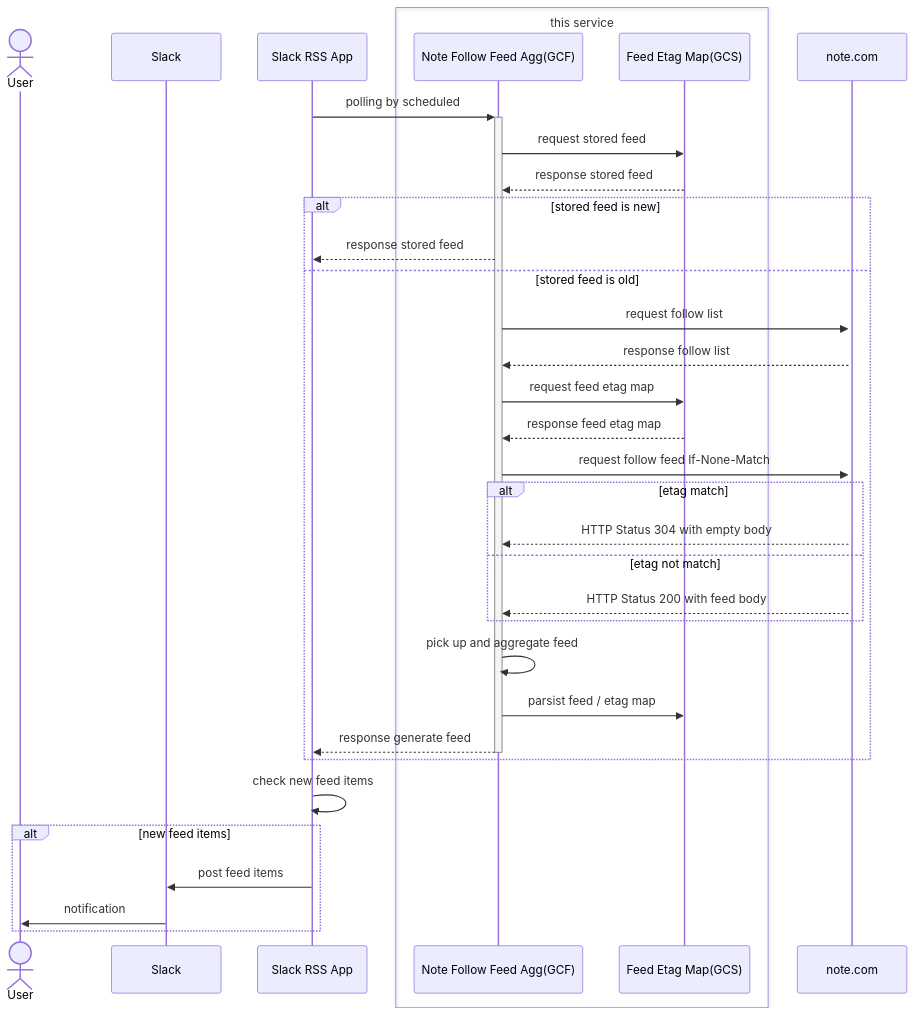
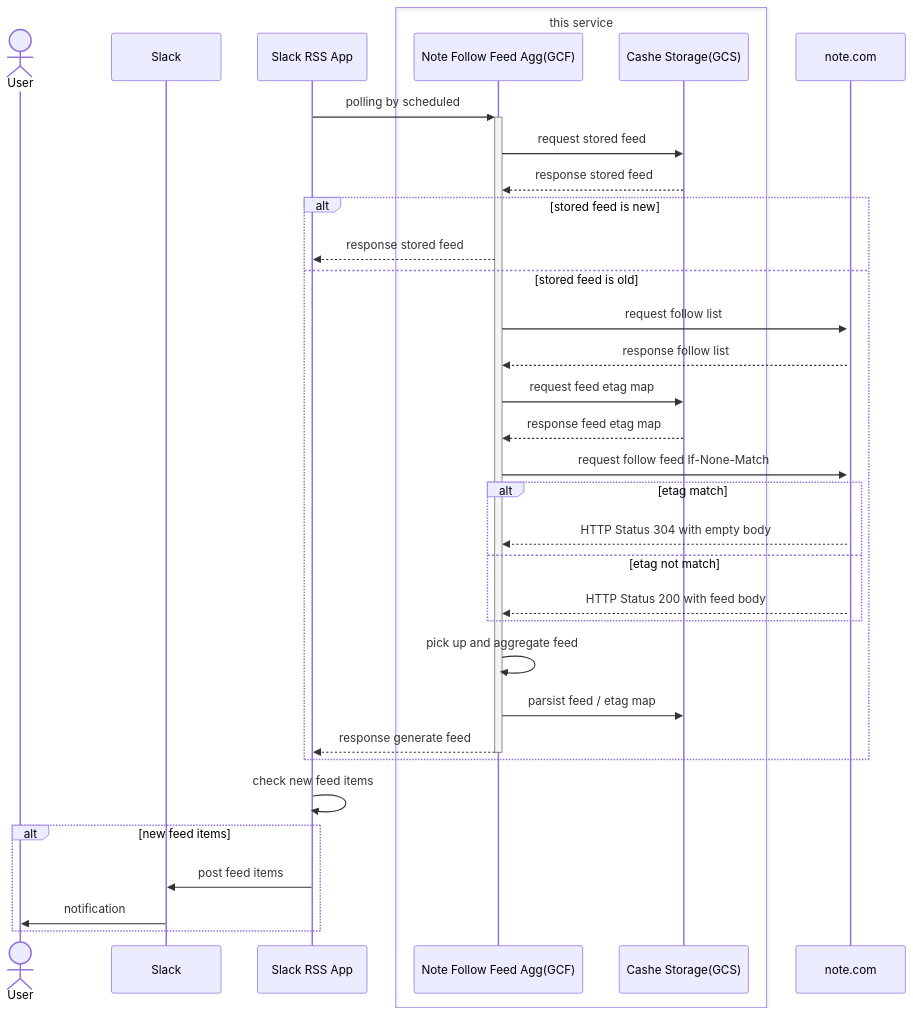
One commit to bulldra/note-followings-feed changed the diagram in README.md. Above: the diagram before and after it, drawn with Mermaid. The commit also changed other lines of this file and 15 other files, not shown here.

````diff
--- a/README.md
+++ b/README.md
@@ -13,37 +15,37 @@
 ```mermaid
 sequenceDiagram
 	actor A as User
 	participant B1 as Slack
 	participant B2 as Slack RSS App
 	box this service
 		participant C1 as Note Follow Feed Agg(GCF)
-		participant C2 as Feed Etag Map(GCS)
+		participant C2 as Cashe Storage(GCS)
 	end
 	participant D as note.com
 	B2->>+C1: polling by scheduled
 	C1->>C2: request stored feed
 	C2-->>C1: response stored feed
 	alt stored feed is new
 		C1-->>B2: response stored feed
 	else stored feed is old
 		C1->>+D: request follow list
 		D-->>C1: response follow list
 		C1->>C2: request feed etag map
 		C2-->>C1: response feed etag map
 		C1->>D: request follow feed If-None-Match
 		alt etag match
 			D-->>C1: HTTP Status 304 with empty body
 		else etag not match
 			D-->>C1: HTTP Status 200 with feed body
 		end
 		C1->>C1: pick up and aggregate feed
 		C1->>C2: parsist feed / etag map
 		C1-->>-B2: response generate feed
 	end
 	B2->>B2: check new feed items
 	alt new feed items
 		B2->>B1: post feed items
 		B1->>A: notification
 	end
 
 ```
````
